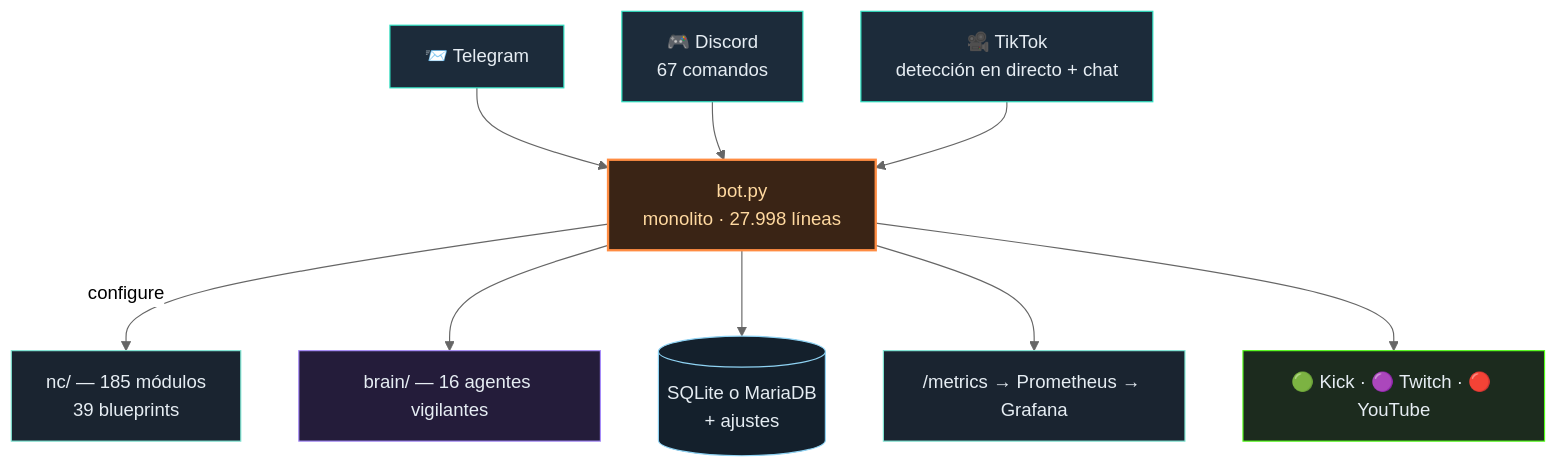
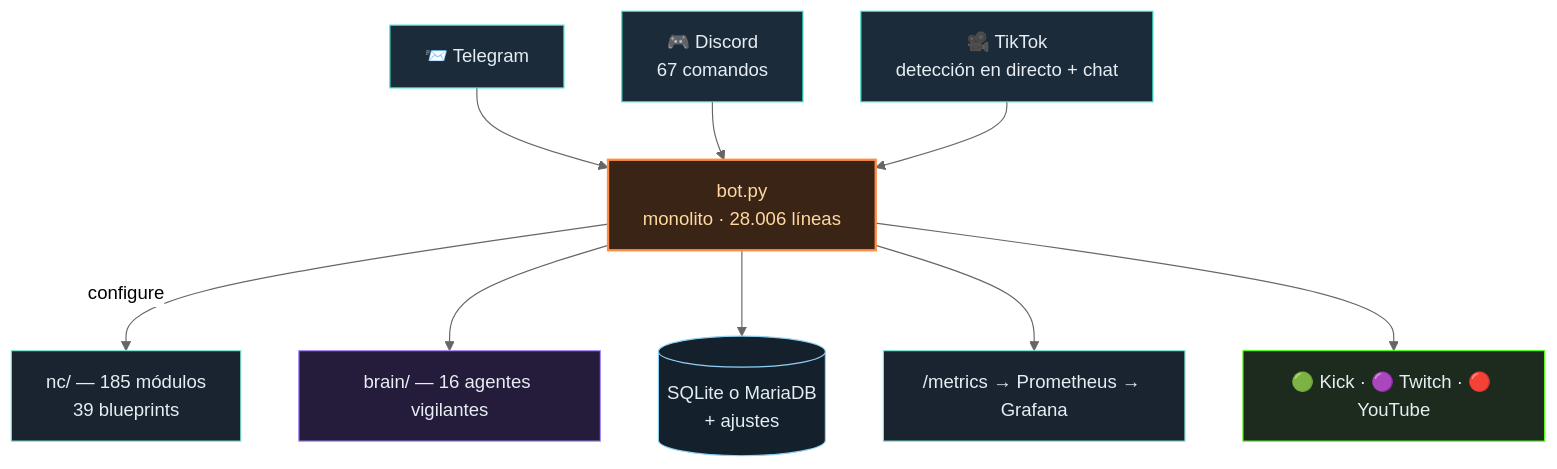
Before and after one commit to itsamemedev/Telegram-Stream-Info-Bot: the diagram in README.es.md, drawn with Mermaid (neutral theme). The commit also changed 8 other files, not shown here.

````diff
--- a/README.es.md
+++ b/README.es.md
@@ -64,18 +64,18 @@
 ```mermaid
 flowchart TB
     TG["📨 Telegram"]:::ein --> BOT
     DC["🎮 Discord<br/>67 comandos"]:::ein --> BOT
     TT["🎥 TikTok<br/>detección en directo + chat"]:::ein --> BOT
-    BOT["bot.py<br/>monolito · 27.998 líneas"]:::core
+    BOT["bot.py<br/>monolito · 28.006 líneas"]:::core
     BOT -->|configure| NC["nc/ — 185 módulos<br/>39 blueprints"]:::lib
     BOT --> BRAIN["brain/ — 16 agentes vigilantes"]:::brain
     BOT --> DB[("SQLite o MariaDB<br/>+ ajustes")]:::db
     BOT --> PROM["/metrics → Prometheus → Grafana"]:::lib
     BOT --> OUT["🟢 Kick · 🟣 Twitch · 🔴 YouTube"]:::out
     classDef ein fill:#1c2b3a,stroke:#2de1c2,color:#e6edf3
     classDef core fill:#3a2415,stroke:#ff8c42,stroke-width:2px,color:#ffd9a0
     classDef lib fill:#1a2430,stroke:#7fe7d4,color:#e6edf3
     classDef brain fill:#241c3a,stroke:#a78bfa,color:#e6edf3
     classDef db fill:#14202c,stroke:#8fd3f4,color:#e6edf3
     classDef out fill:#1c2b1e,stroke:#53fc18,color:#e6edf3
 ```
````
